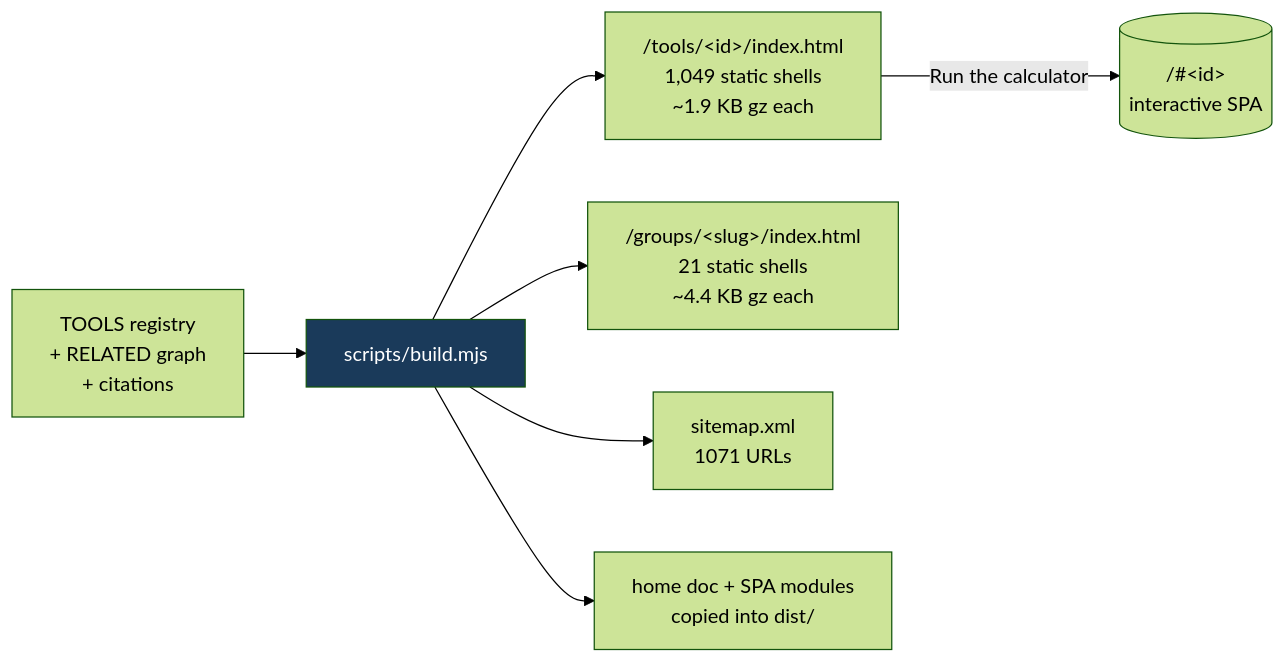
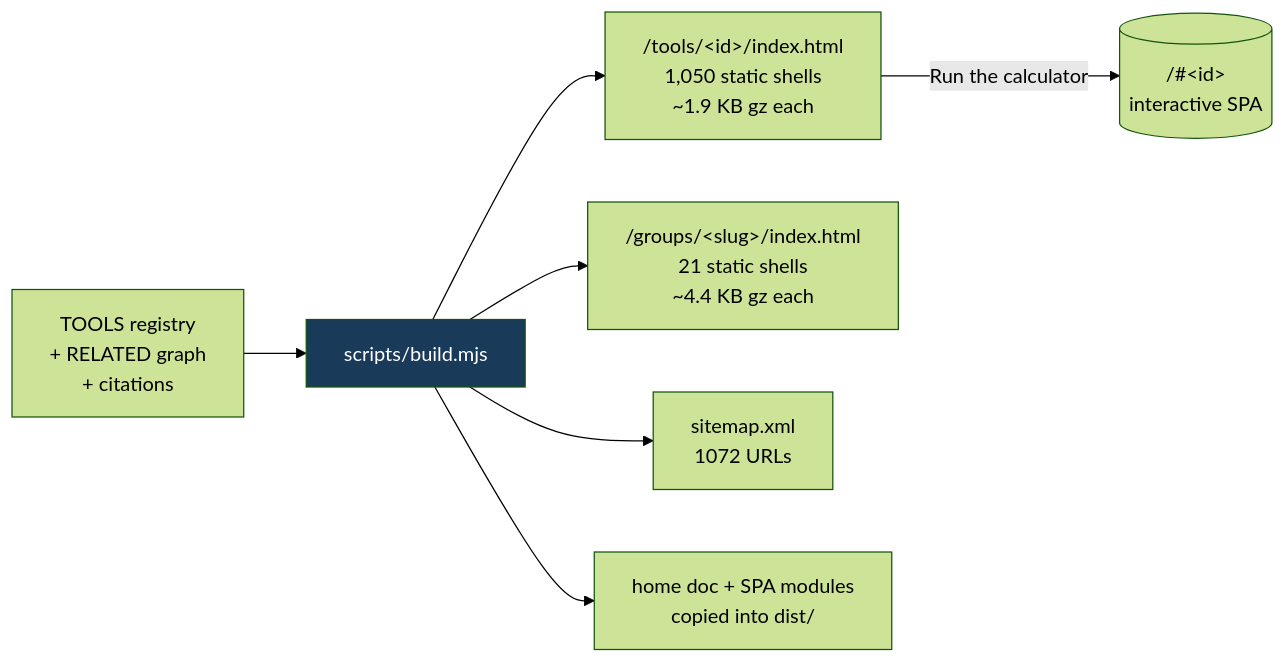
The fifth of 8 diagrams in README.md (clay-good/roughlogic.com), drawn with Mermaid (forest theme) before and after one commit. The commit also changed other lines of this file and 14 other files, not shown here.

````diff
--- a/README.md
+++ b/README.md
@@ -495,10 +495,10 @@
 ```mermaid
 flowchart LR
     SRC[TOOLS registry\n+ RELATED graph\n+ citations] --> BUILD[scripts/build.mjs]
-    BUILD --> TILE["/tools/&lt;id&gt;/index.html\n1,049 static shells\n~1.9 KB gz each"]
+    BUILD --> TILE["/tools/&lt;id&gt;/index.html\n1,050 static shells\n~1.9 KB gz each"]
     BUILD --> GROUP["/groups/&lt;slug&gt;/index.html\n21 static shells\n~4.4 KB gz each"]
-    BUILD --> MAP["sitemap.xml\n1071 URLs"]
+    BUILD --> MAP["sitemap.xml\n1072 URLs"]
     BUILD --> COPY[home doc + SPA modules\ncopied into dist/]
     TILE -->|Run the calculator| SPA[("/#&lt;id&gt;\ninteractive SPA")]
     style BUILD fill:#1a3a5a,color:#fff
 ```
````
